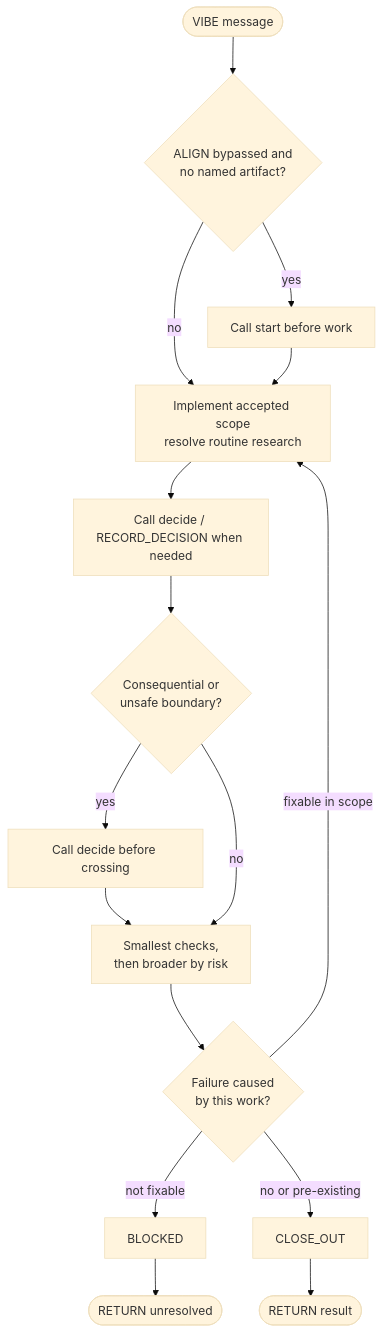
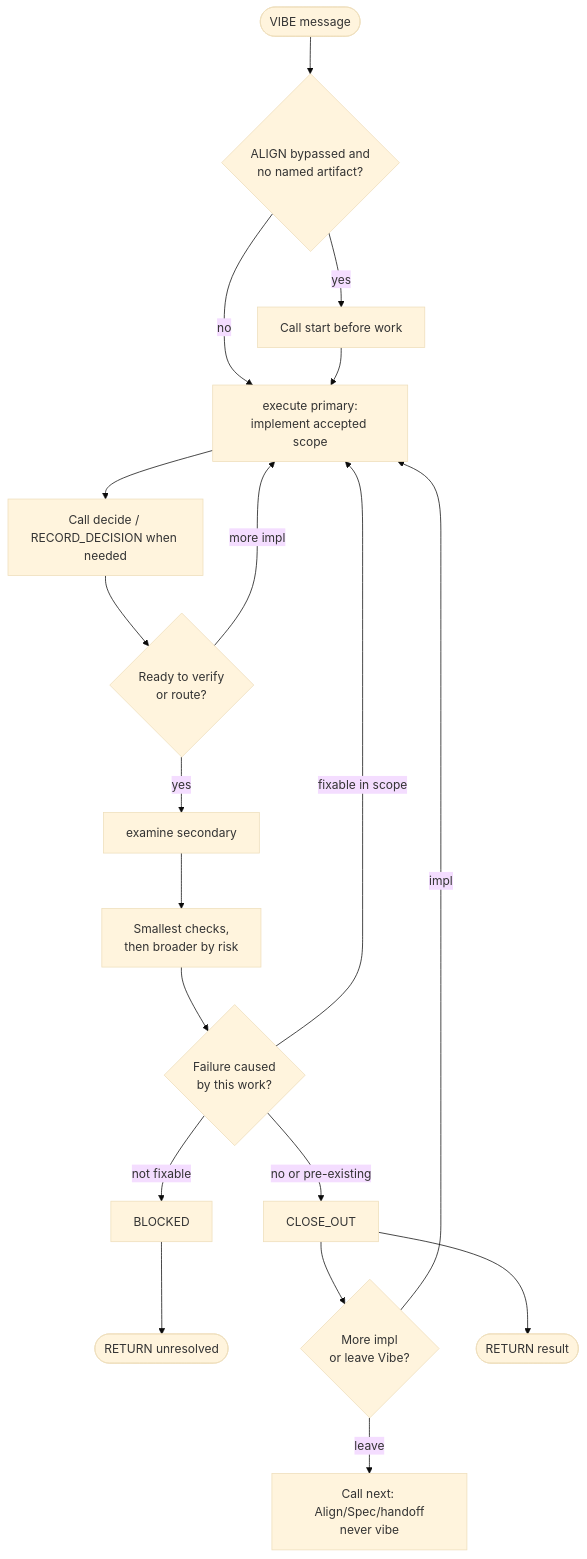
One commit to dhumdil-apps/pi-director changed the sixth of 12 diagrams in docs/AGENT-WORKFLOW-DIAGRAMS.md. Above: the diagram before and after it, drawn with Mermaid (base theme). The commit also changed other lines of this file and 5 other files, not shown here.

Commit message:
refactor: restructure agent workflow into primary and secondary mode roles with updated runtime gating and documentation.

````diff
--- a/docs/AGENT-WORKFLOW-DIAGRAMS.md
+++ b/docs/AGENT-WORKFLOW-DIAGRAMS.md
@@ -140,18 +149,21 @@
 ```mermaid
 flowchart TD
     Enter([VIBE message]) --> Prep{ALIGN bypassed and<br/>no named artifact?}
     Prep -- yes --> Start[Call start before work]
     Prep -- no --> Implement
-    Start --> Implement[Implement accepted scope<br/>resolve routine research]
+    Start --> Implement[execute primary:<br/>implement accepted scope]
     Implement --> Decision[Call decide / RECORD_DECISION when needed]
-    Decision --> Boundary{Consequential or<br/>unsafe boundary?}
-    Boundary -- yes --> Decide[Call decide before crossing]
-    Decide --> Checks
-    Boundary -- no --> Checks[Smallest checks,<br/>then broader by risk]
+    Decision --> Gate{Ready to verify<br/>or route?}
+    Gate -- more impl --> Implement
+    Gate -- yes --> Exam[examine secondary]
+    Exam --> Checks[Smallest checks,<br/>then broader by risk]
     Checks --> Failure{Failure caused<br/>by this work?}
     Failure -- fixable in scope --> Implement
     Failure -- not fixable --> Blocked[BLOCKED]
     Failure -- no or pre-existing --> Close[CLOSE_OUT]
     Blocked --> Stop([RETURN unresolved])
+    Close --> Route{More impl<br/>or leave Vibe?}
+    Route -- impl --> Implement
+    Route -- leave --> Next["Call next: Align/Spec/handoff<br/>never vibe"]
     Close --> Done([RETURN result])
 ```
````
